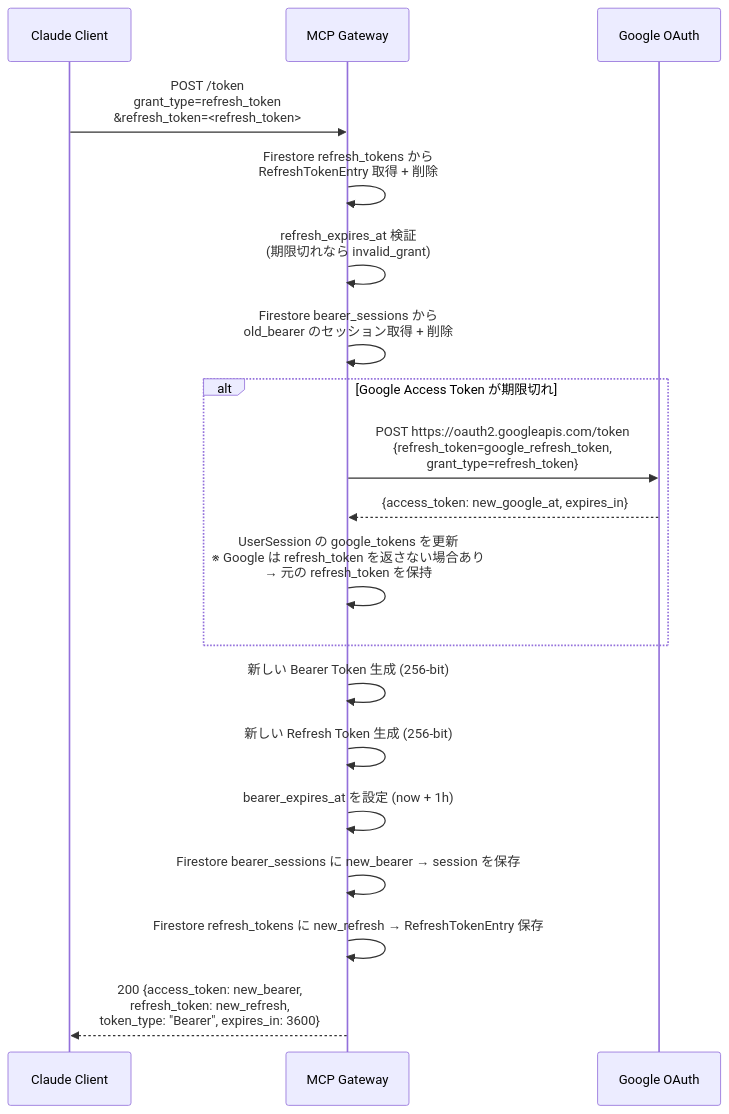
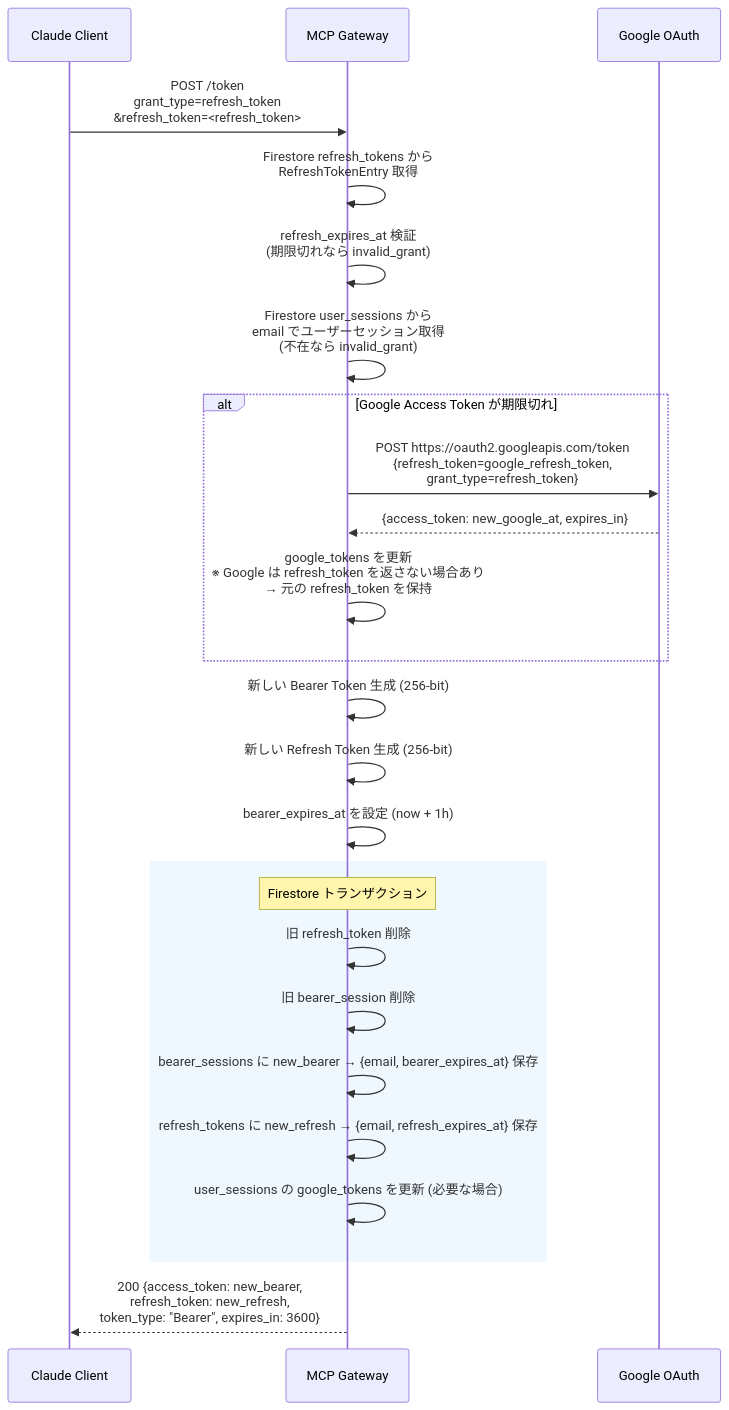
One commit to kushim-team/gws-cli changed the third of 10 diagrams in specs/remote-mcp-gateway/auth-flows.md. Above: the diagram before and after it, drawn with Mermaid. The commit also changed other lines of this file and 10 other files, not shown here.

````diff
--- a/specs/remote-mcp-gateway/auth-flows.md
+++ b/specs/remote-mcp-gateway/auth-flows.md
@@ -130,26 +160,33 @@
 ```mermaid
 sequenceDiagram
     participant C as Claude Client
     participant G as MCP Gateway
     participant Go as Google OAuth
 
     C->>G: POST /token<br/>grant_type=refresh_token<br/>&refresh_token=<refresh_token>
 
-    G->>G: Firestore refresh_tokens から<br/>RefreshTokenEntry 取得 + 削除
+    G->>G: Firestore refresh_tokens から<br/>RefreshTokenEntry 取得
     G->>G: refresh_expires_at 検証<br/>(期限切れなら invalid_grant)
-    G->>G: Firestore bearer_sessions から<br/>old_bearer のセッション取得 + 削除
+    G->>G: Firestore user_sessions から<br/>email でユーザーセッション取得<br/>(不在なら invalid_grant)
 
     alt Google Access Token が期限切れ
         G->>Go: POST https://oauth2.googleapis.com/token<br/>{refresh_token=google_refresh_token,<br/>grant_type=refresh_token}
         Go-->>G: {access_token: new_google_at, expires_in}
-        G->>G: UserSession の google_tokens を更新<br/>※ Google は refresh_token を返さない場合あり<br/>→ 元の refresh_token を保持
+        G->>G: google_tokens を更新<br/>※ Google は refresh_token を返さない場合あり<br/>→ 元の refresh_token を保持
     end
 
     G->>G: 新しい Bearer Token 生成 (256-bit)
     G->>G: 新しい Refresh Token 生成 (256-bit)
     G->>G: bearer_expires_at を設定 (now + 1h)
-    G->>G: Firestore bearer_sessions に new_bearer → session を保存
-    G->>G: Firestore refresh_tokens に new_refresh → RefreshTokenEntry 保存
+
+    rect rgb(240, 248, 255)
+        Note over G: Firestore トランザクション
+        G->>G: 旧 refresh_token 削除
+        G->>G: 旧 bearer_session 削除
+        G->>G: bearer_sessions に new_bearer → {email, bearer_expires_at} 保存
+        G->>G: refresh_tokens に new_refresh → {email, refresh_expires_at} 保存
+        G->>G: user_sessions の google_tokens を更新 (必要な場合)
+    end
 
     G-->>C: 200 {access_token: new_bearer,<br/>refresh_token: new_refresh,<br/>token_type: "Bearer", expires_in: 3600}
 ```
````
